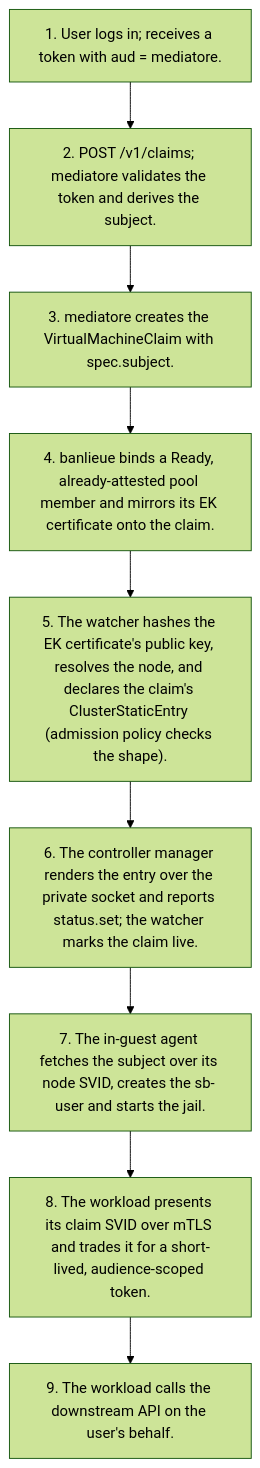
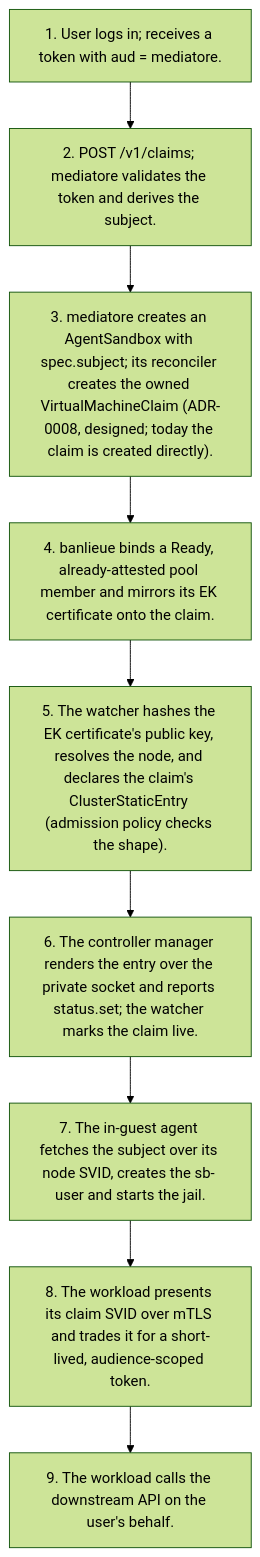
The first of 3 diagrams in docs/architecture/diagrams/flows.md (firestoned/mediatore), drawn with Mermaid (forest theme) before and after one commit. The commit also changed 14 other files, not shown here.

Commit message:
docs(adr): AgentSandbox as a mediatore CRD (ADR-0008); adopt platform ADRs 0009-0010 (#19)

````diff
--- a/docs/architecture/diagrams/flows.md
+++ b/docs/architecture/diagrams/flows.md
@@ -29,13 +29,13 @@
 ```mermaid
 flowchart TD
     t1["1. User logs in; receives a token with aud = mediatore."]
     t2["2. POST /v1/claims; mediatore validates the token and derives the subject."]
-    t3["3. mediatore creates the VirtualMachineClaim with spec.subject."]
+    t3["3. mediatore creates an AgentSandbox with spec.subject; its reconciler creates the owned VirtualMachineClaim (ADR-0008, designed; today the claim is created directly)."]
     t4["4. banlieue binds a Ready, already-attested pool member and mirrors its EK certificate onto the claim."]
     t5["5. The watcher hashes the EK certificate's public key, resolves the node, and declares the claim's ClusterStaticEntry (admission policy checks the shape)."]
     t6["6. The controller manager renders the entry over the private socket and reports status.set; the watcher marks the claim live."]
     t7["7. The in-guest agent fetches the subject over its node SVID, creates the sb- user and starts the jail."]
     t8["8. The workload presents its claim SVID over mTLS and trades it for a short-lived, audience-scoped token."]
     t9["9. The workload calls the downstream API on the user's behalf."]
     t1 --> t2 --> t3 --> t4 --> t5 --> t6 --> t7 --> t8 --> t9
 ```
````
